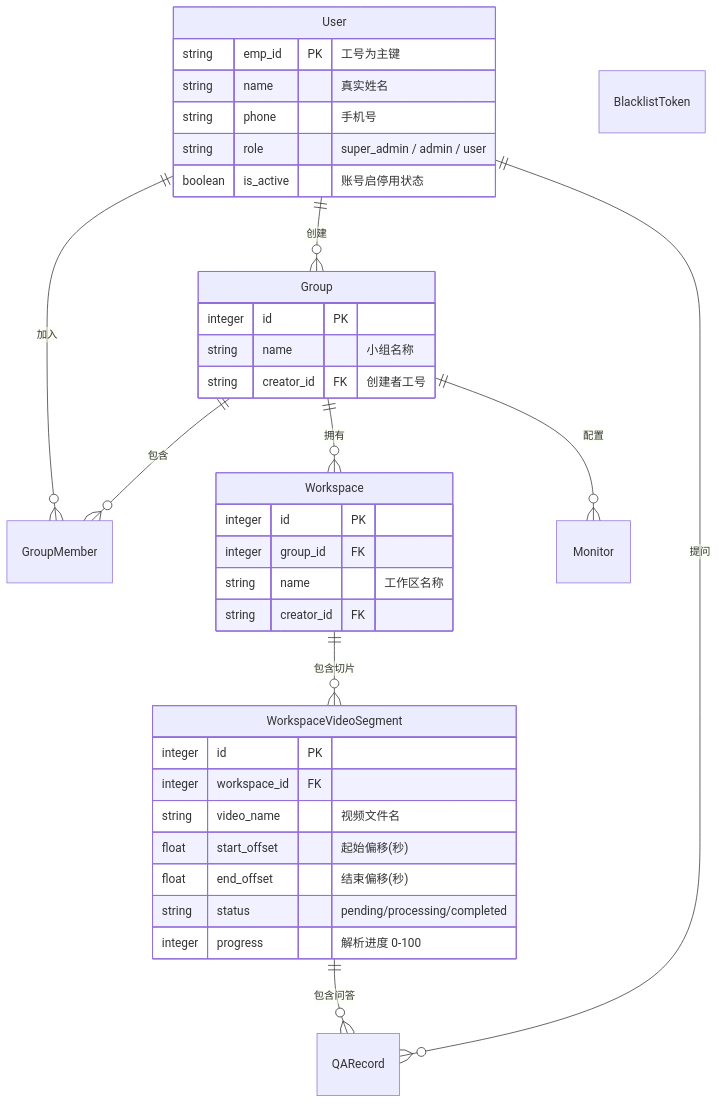
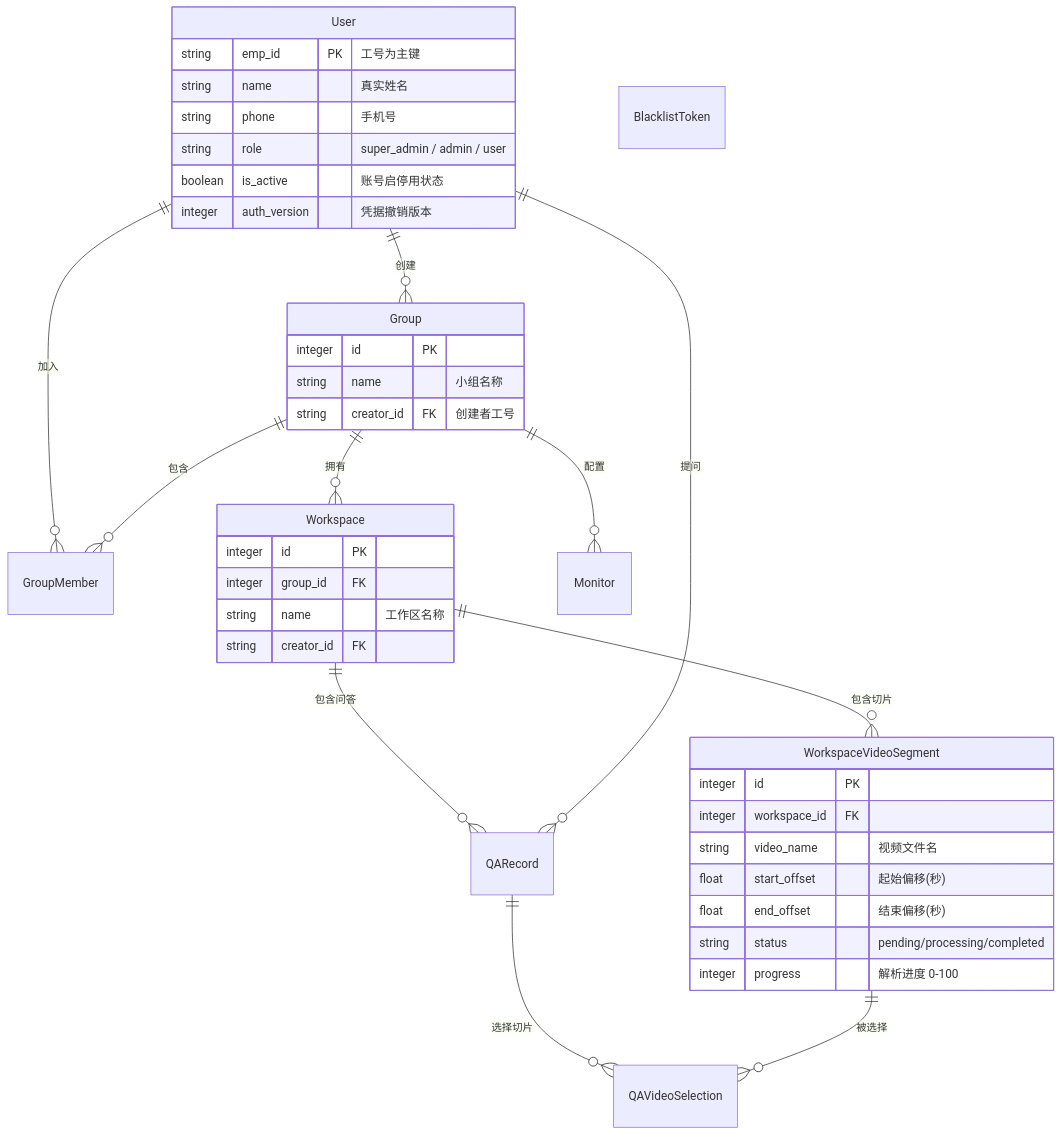
One commit to EmadowKy/pureyes-harmony changed the diagram in docs/developer-guide/05-database-schema.md. Above: the diagram before and after it, drawn with Mermaid. The commit also changed other lines of this file and 57 other files, not shown here.

````diff
--- a/docs/developer-guide/05-database-schema.md
+++ b/docs/developer-guide/05-database-schema.md
@@ -9,43 +9,46 @@
 ```mermaid
 erDiagram
     User ||--o{ Group : "创建"
     User ||--o{ GroupMember : "加入"
     Group ||--o{ GroupMember : "包含"
     Group ||--o{ Workspace : "拥有"
     Group ||--o{ Monitor : "配置"
     Workspace ||--o{ WorkspaceVideoSegment : "包含切片"
-    WorkspaceVideoSegment ||--o{ QARecord : "包含问答"
+    Workspace ||--o{ QARecord : "包含问答"
+    QARecord ||--o{ QAVideoSelection : "选择切片"
+    WorkspaceVideoSegment ||--o{ QAVideoSelection : "被选择"
     User ||--o{ QARecord : "提问"
     BlacklistToken
 
     User {
         string emp_id PK "工号为主键"
         string name "真实姓名"
         string phone "手机号"
         string role "super_admin / admin / user"
         boolean is_active "账号启停用状态"
+        integer auth_version "凭据撤销版本"
     }
 
     Group {
         integer id PK
         string name "小组名称"
         string creator_id FK "创建者工号"
     }
 
     Workspace {
         integer id PK
         integer group_id FK
         string name "工作区名称"
         string creator_id FK
     }
 
     WorkspaceVideoSegment {
         integer id PK
         integer workspace_id FK
         string video_name "视频文件名"
         float start_offset "起始偏移(秒)"
         float end_offset "结束偏移(秒)"
         string status "pending/processing/completed"
         integer progress "解析进度 0-100"
     }
 ```
````
